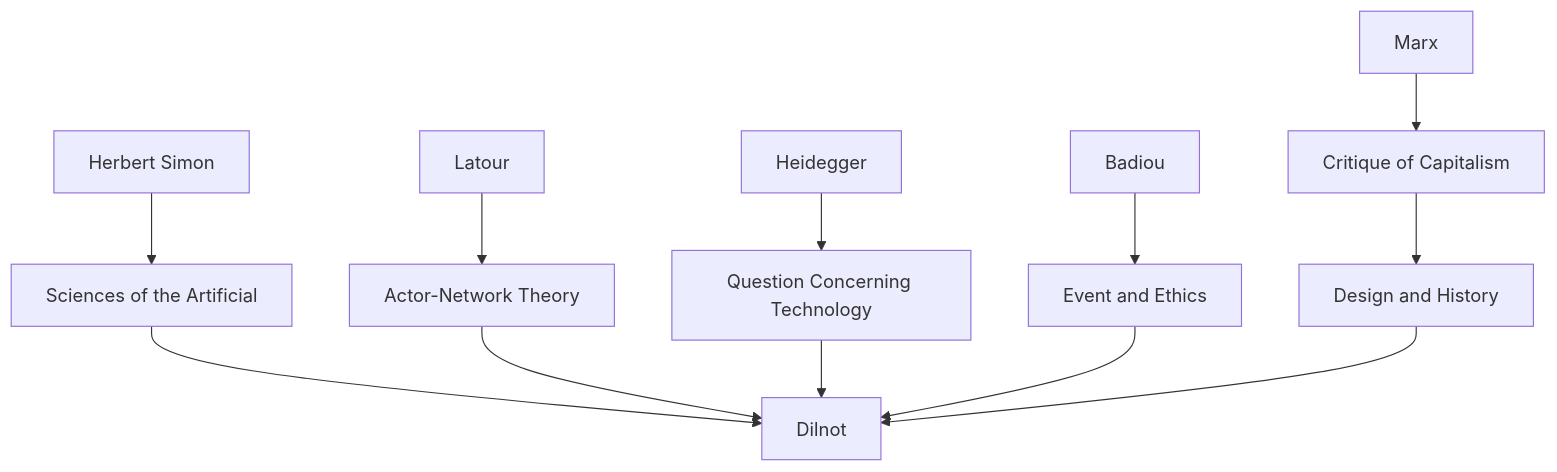
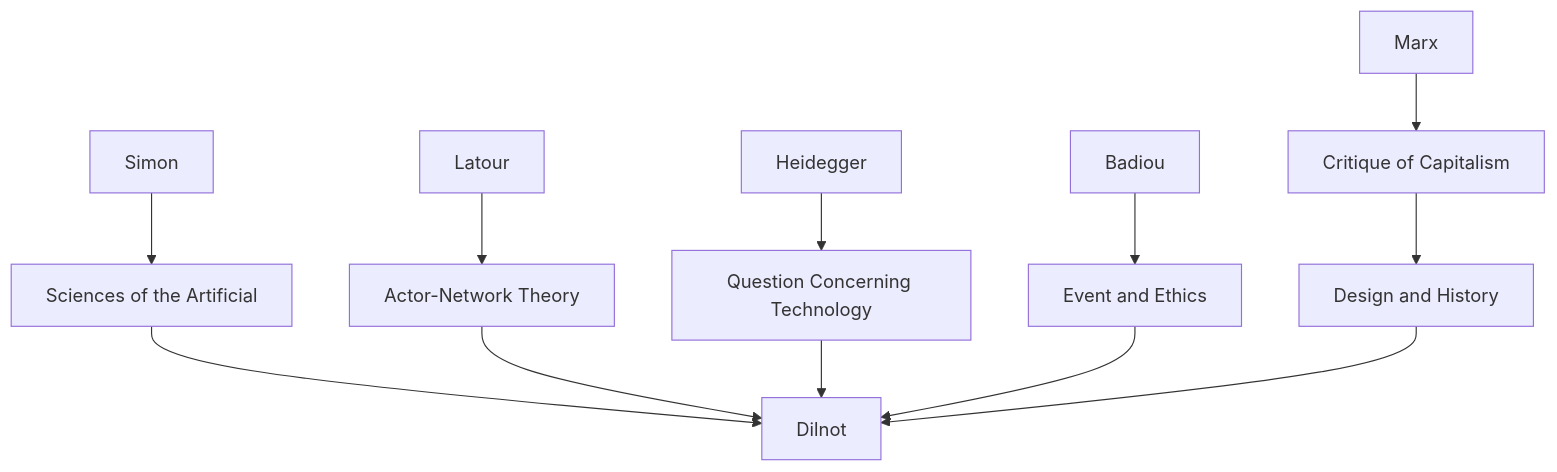
One commit to graph-ist/zettelkasten changed the diagram in content/The matter of design.md. Above: the diagram before and after it, drawn with Mermaid. The commit also changed other lines of this file and 138 other files, not shown here.

````diff
--- a/content/The matter of design.md
+++ b/content/The matter of design.md
@@ -51,16 +51,16 @@
 ```mermaid
 flowchart TD
-    Simon[Herbert Simon] --> SciencesArtificial[Sciences of the Artificial]
-    SciencesArtificial --> Dilnot[Dilnot]
-    Latour[Latour] --> ActorNetwork[Actor-Network Theory]
+    Simon --> SciencesArtificial[Sciences of the Artificial]
+    SciencesArtificial --> Dilnot
+    Latour --> ActorNetwork[Actor-Network Theory]
     ActorNetwork --> Dilnot
-    Heidegger[Heidegger] --> TechnologyQuestion[Question Concerning Technology]
+    Heidegger --> TechnologyQuestion[Question Concerning Technology]
     TechnologyQuestion --> Dilnot
-    Badiou[Badiou] --> EventEthics[Event and Ethics]
+    Badiou --> EventEthics[Event and Ethics]
     EventEthics --> Dilnot
-    Marx[Marx] --> CritiqueCapitalism[Critique of Capitalism]
+    Marx --> CritiqueCapitalism[Critique of Capitalism]
     CritiqueCapitalism --> DesignHistory[Design and History]
     DesignHistory --> Dilnot
 
     class Simon,SciencesArtificial,Dilnot,Latour,ActorNetwork,Heidegger,TechnologyQuestion,Badiou,EventEthics,Marx,CritiqueCapitalism,DesignHistory internal-link;
 ```
````
